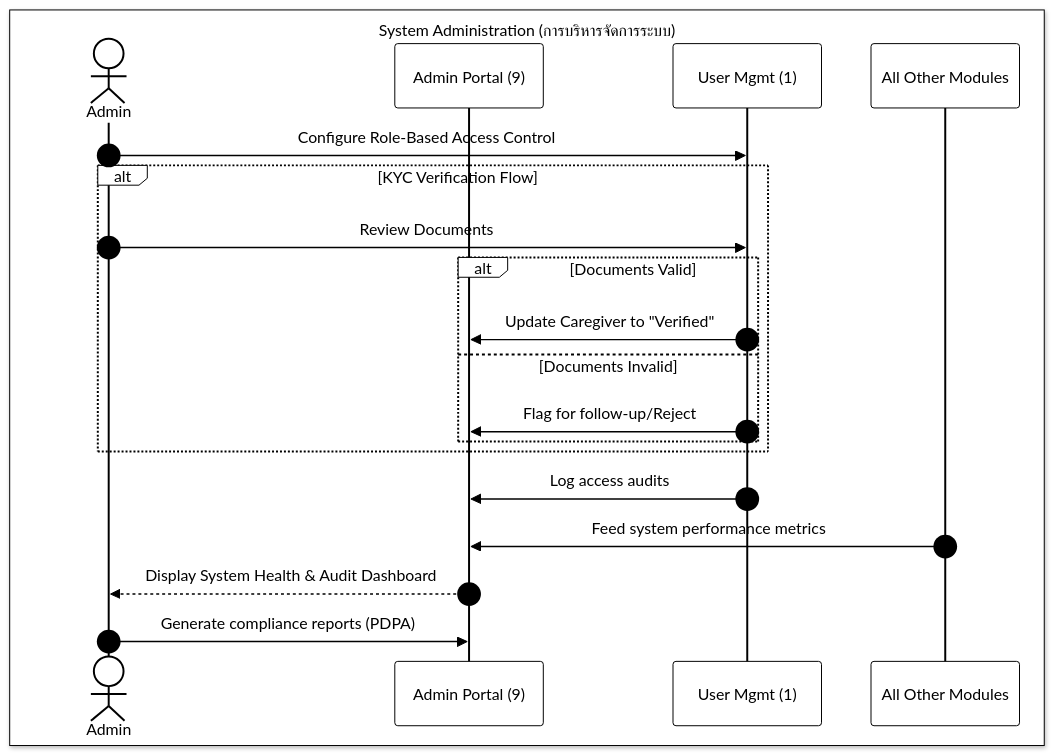
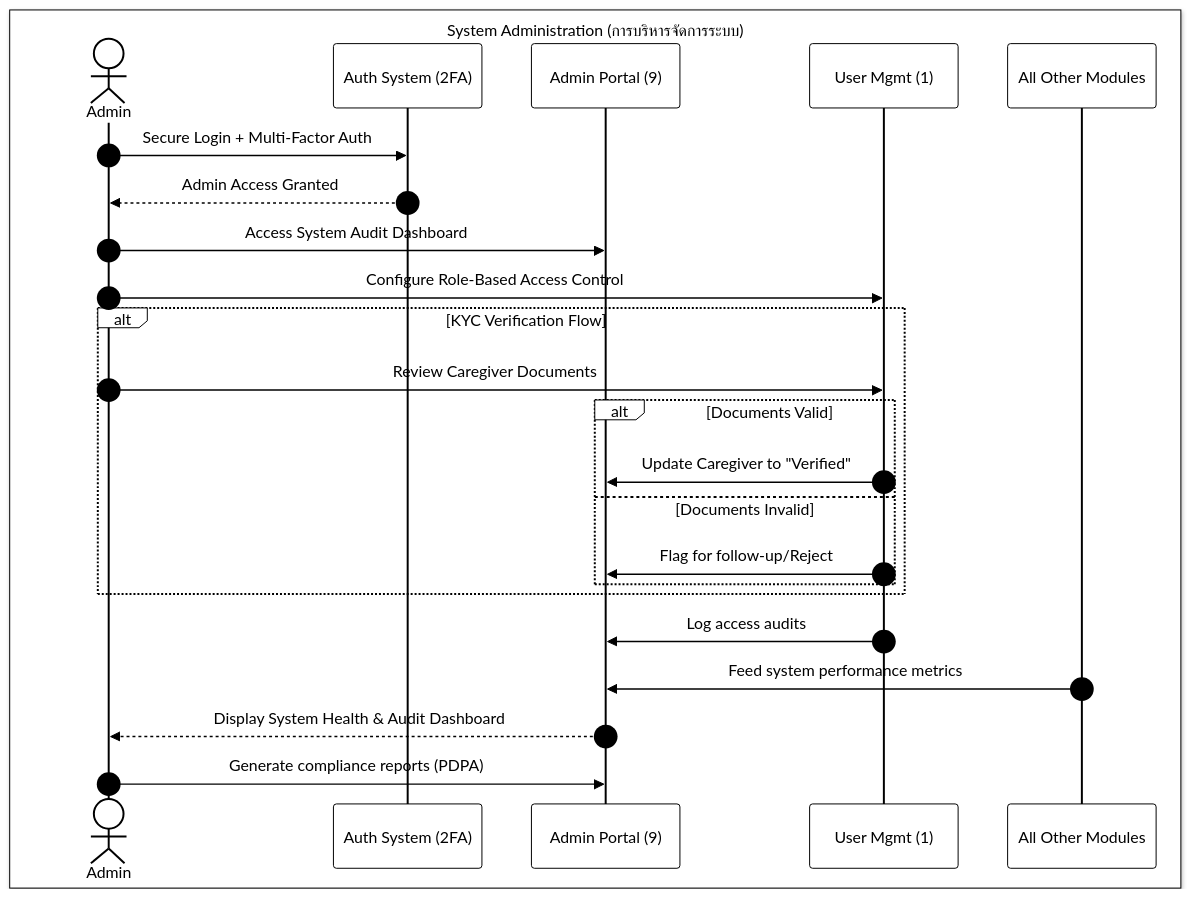
One commit to warattapobwaiarsa/CareDee_Project_Doc changed the fifth of 6 diagrams in workflow/WORKFLOW.md. Above: the diagram before and after it, drawn with Mermaid. The commit also changed other lines of this file, not shown here.

````diff
--- a/workflow/WORKFLOW.md
+++ b/workflow/WORKFLOW.md
@@ -281,26 +281,35 @@
 ```mermaid
 %%{init: { 'theme': 'base', 'themeVariables': { 'darkMode': false, 'background': '#ffffff', 'mainBkg': '#ffffff', 'primaryColor': '#ffffff', 'primaryTextColor': '#000000', 'primaryBorderColor': '#000000', 'lineColor': '#000000', 'secondaryColor': '#ffffff', 'tertiaryColor': '#ffffff', 'actorBkg': '#ffffff', 'actorTextColor': '#000000', 'actorLineColor': '#000000', 'participantBkg': '#ffffff', 'participantTextColor': '#000000', 'participantBorderColor': '#000000', 'signalColor': '#000000', 'signalTextColor': '#000000', 'labelTextColor': '#000000', 'loopTextColor': '#000000', 'noteBkgColor': '#ffffff', 'noteTextColor': '#000000', 'activationBkgColor': '#ffffff', 'activationBorderColor': '#000000', 'sequenceNumberColor': '#000000' }, 'themeCSS': 'svg { background-color: white !important; background: white !important; } rect, circle, path, line, polygon, .labelBox, .cluster rect, .actor, .participant, .note, .activation { fill: white !important; stroke: black !important; stroke-width: 2px !important; } text, tspan, .loopText, .messageText, .noteText, .sequenceNumber { fill: black !important; color: black !important; font-weight: bold !important; font-size: 14px !important; } .cluster rect { stroke-dasharray: 0 !important; }' } }%%
 sequenceDiagram
     autonumber
 
     box white System Administration (การบริหารจัดการระบบ)
         actor AD as Admin
+        participant Auth as Auth System (2FA)
         participant Portal as Admin Portal (9)
         participant UM as User Mgmt (1)
         participant All as All Other Modules
     end
 
+    %% High Security Access
+    AD->>Auth: Secure Login + Multi-Factor Auth
+    Auth-->>AD: Admin Access Granted
+    AD->>Portal: Access System Audit Dashboard
+
+    %% Configuration & Review
     AD->>UM: Configure Role-Based Access Control
     alt KYC Verification Flow
-        AD->>UM: Review Documents
+        AD->>UM: Review Caregiver Documents
         alt Documents Valid
             UM->>Portal: Update Caregiver to "Verified"
         else Documents Invalid
             UM->>Portal: Flag for follow-up/Reject
         end
     end
+
+    %% Auditing & Compliance
     UM->>Portal: Log access audits
     All->>Portal: Feed system performance metrics
     Portal-->>AD: Display System Health & Audit Dashboard
     AD->>Portal: Generate compliance reports (PDPA)
 ```
````
